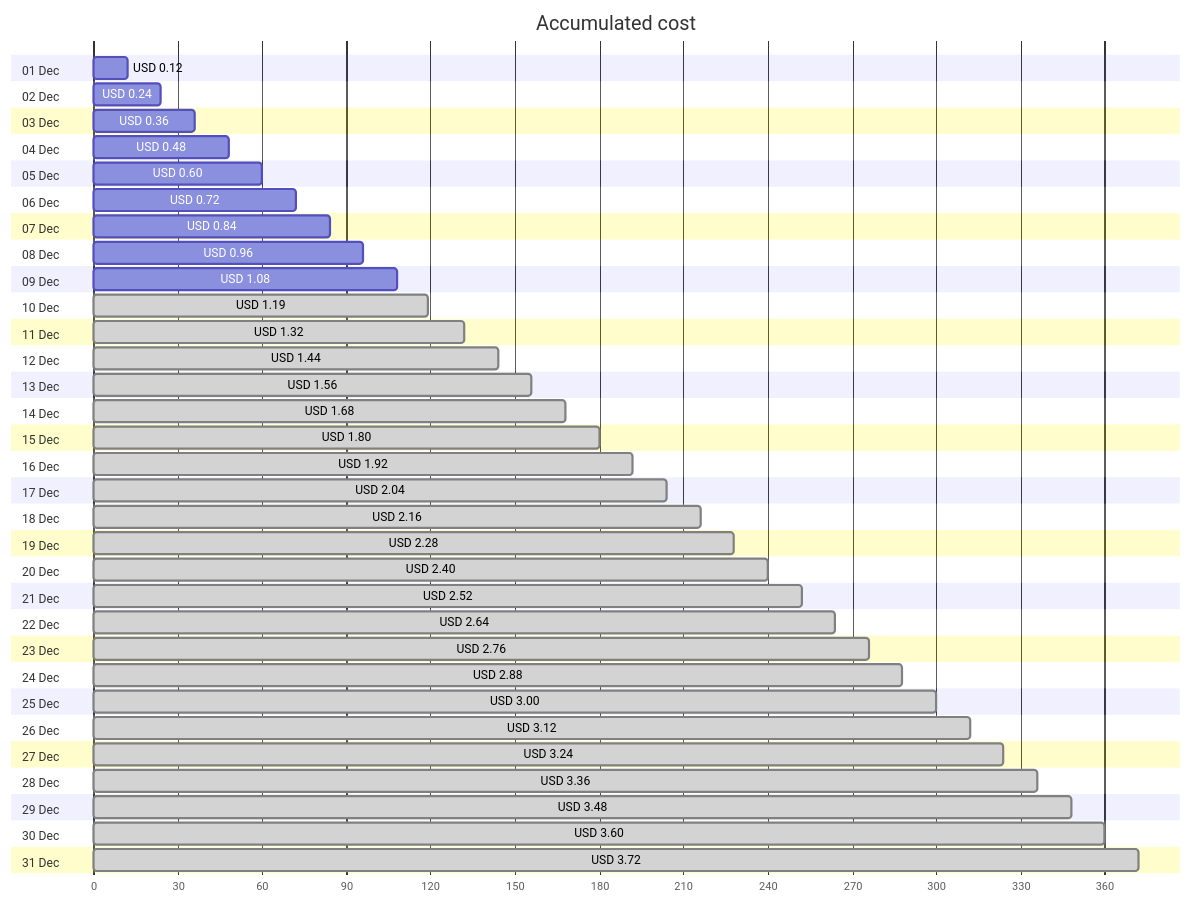
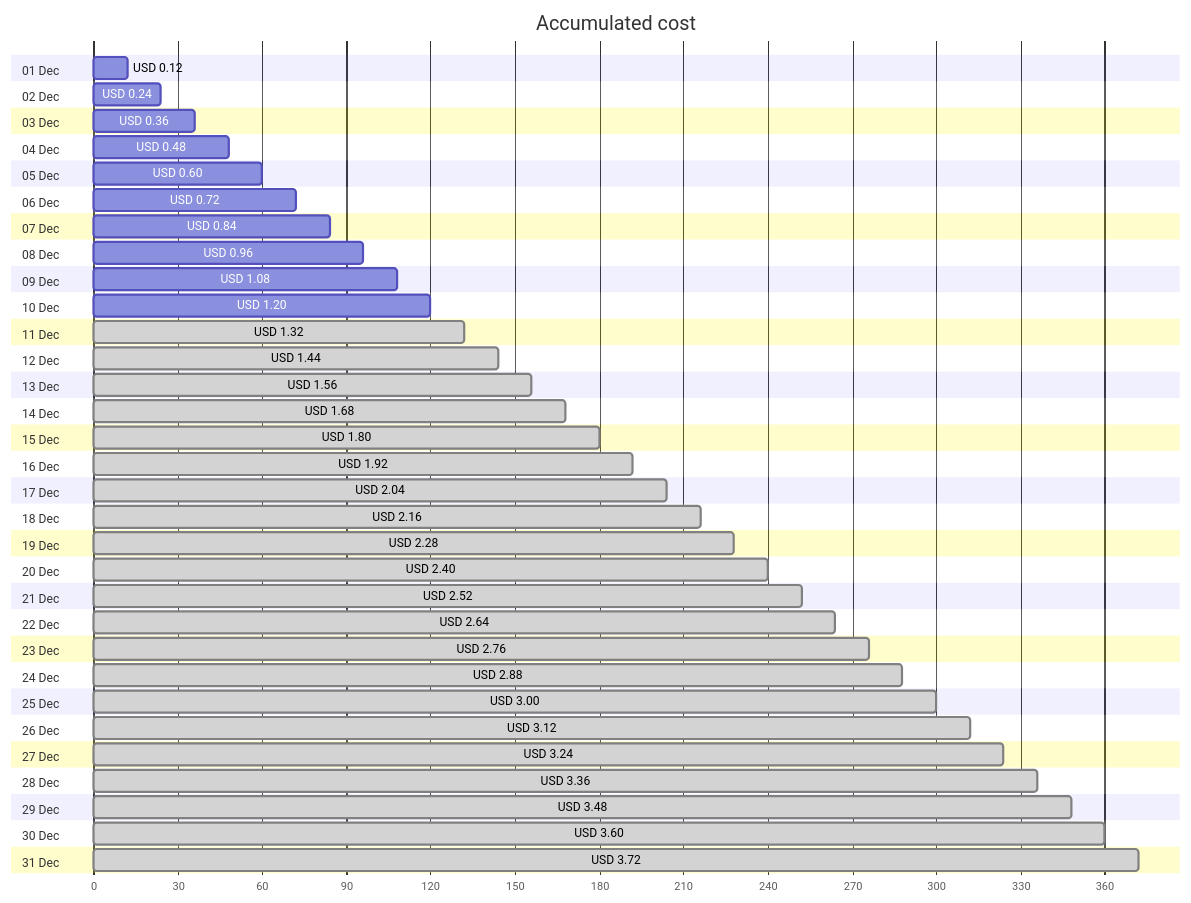
One commit to jpfulton/azure-personal-reports changed the first of 4 diagrams in cost-reports/personal-network/backup-server-public-ip.md. Above: the diagram before and after it, drawn with Mermaid. The commit also changed other lines of this file and 8 other files, not shown here.

````diff
--- a/cost-reports/personal-network/backup-server-public-ip.md
+++ b/cost-reports/personal-network/backup-server-public-ip.md
@@ -20,68 +20,68 @@
 ```mermaid
 gantt
    title Accumulated cost
    dateFormat  X
    axisFormat %s
    section 01 Dec
    USD 0.12 :0, 12
    section 02 Dec
    USD 0.24 :0, 24
    section 03 Dec
    USD 0.36 :0, 36
    section 04 Dec
    USD 0.48 :0, 48
    section 05 Dec
    USD 0.60 :0, 60
    section 06 Dec
    USD 0.72 :0, 72
    section 07 Dec
    USD 0.84 :0, 84
    section 08 Dec
    USD 0.96 :0, 96
    section 09 Dec
    USD 1.08 :0, 108
    section 10 Dec
-   USD 1.19 : done, 0, 119
+   USD 1.20 :0, 120
    section 11 Dec
    USD 1.32 : done, 0, 132
    section 12 Dec
    USD 1.44 : done, 0, 144
    section 13 Dec
    USD 1.56 : done, 0, 156
    section 14 Dec
    USD 1.68 : done, 0, 168
    section 15 Dec
    USD 1.80 : done, 0, 180
    section 16 Dec
    USD 1.92 : done, 0, 192
    section 17 Dec
    USD 2.04 : done, 0, 204
    section 18 Dec
    USD 2.16 : done, 0, 216
    section 19 Dec
    USD 2.28 : done, 0, 228
    section 20 Dec
    USD 2.40 : done, 0, 240
    section 21 Dec
    USD 2.52 : done, 0, 252
    section 22 Dec
    USD 2.64 : done, 0, 264
    section 23 Dec
    USD 2.76 : done, 0, 276
    section 24 Dec
    USD 2.88 : done, 0, 288
    section 25 Dec
    USD 3.00 : done, 0, 300
    section 26 Dec
    USD 3.12 : done, 0, 312
    section 27 Dec
    USD 3.24 : done, 0, 324
    section 28 Dec
    USD 3.36 : done, 0, 336
    section 29 Dec
    USD 3.48 : done, 0, 348
    section 30 Dec
    USD 3.60 : done, 0, 360
    section 31 Dec
    USD 3.72 : done, 0, 372
 ```
````
